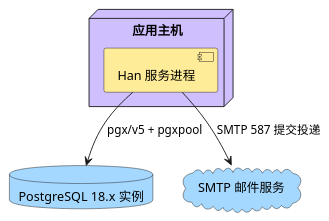
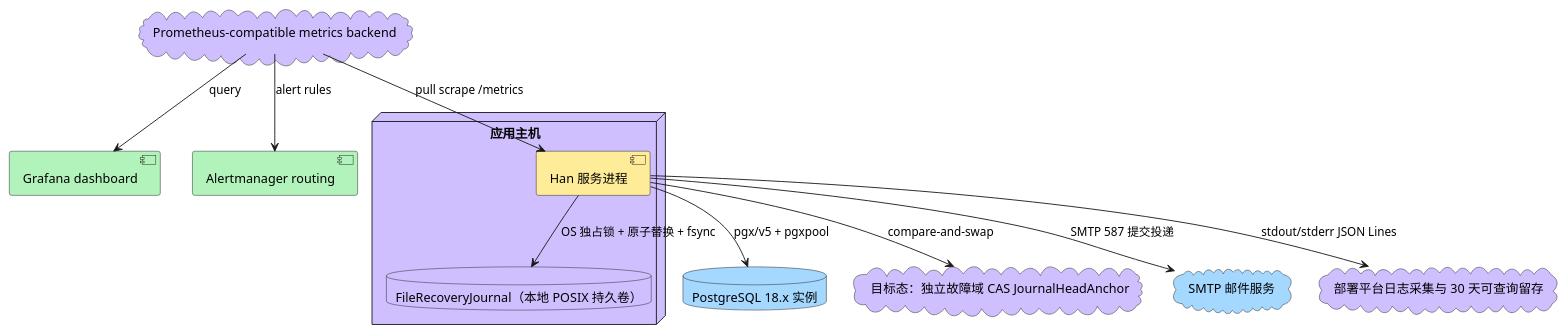
Before and after one commit to jianghua-hub-ai/han: the ninth of 15 diagrams in .add/project/knowledge/design/architecture.md, drawn with PlantUML. The commit also changed other lines of this file and 26 other files, not shown here.

````diff
--- a/.add/project/knowledge/design/architecture.md
+++ b/.add/project/knowledge/design/architecture.md
@@ -851,17 +1106,29 @@
 ```plantuml
 @startuml
 skinparam shadowing false
 skinparam defaultFontName "Microsoft YaHei"
 
 node "应用主机" as host #d0bfff {
   component "Han 服务进程" as app #ffec99
+  database "FileRecoveryJournal（本地 POSIX 持久卷）" as journal #d0bfff
 }
 
 database "PostgreSQL 18.x 实例" as db #a5d8ff
+cloud "目标态：独立故障域 CAS JournalHeadAnchor" as anchor #d0bfff
 
 cloud "SMTP 邮件服务" as smtp #a5d8ff
+cloud "部署平台日志采集与 30 天可查询留存" as logs #d0bfff
+cloud "Prometheus-compatible metrics backend" as metrics #d0bfff
+component "Grafana dashboard" as grafana #b2f2bb
+component "Alertmanager routing" as alerts #b2f2bb
 
 app --> db : pgx/v5 + pgxpool
 app --> smtp : SMTP 587 提交投递
+app --> journal : OS 独占锁 + 原子替换 + fsync
+app --> anchor : compare-and-swap
+app --> logs : stdout/stderr JSON Lines
+metrics --> app : pull scrape /metrics
+metrics --> grafana : query
+metrics --> alerts : alert rules
 @enduml
 ```
````
